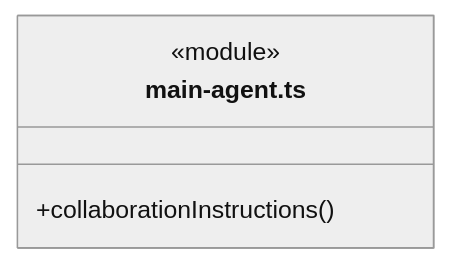
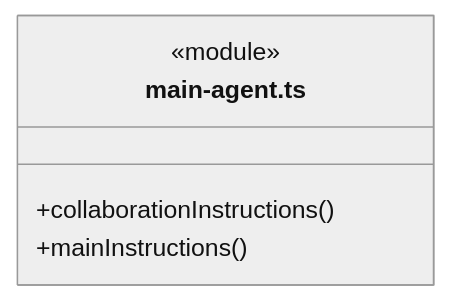
The second of 6 diagrams in src/backend/scheduler-engine/conversation/ARCHITECTURE.md (nan023062/cbim), drawn with Mermaid (neutral theme) before and after one commit. The commit also changed other lines of this file and 45 other files, not shown here.

````diff
--- a/src/backend/scheduler-engine/conversation/ARCHITECTURE.md
+++ b/src/backend/scheduler-engine/conversation/ARCHITECTURE.md
@@ -42,7 +42,8 @@
 ```mermaid
 classDiagram
 class N_src_backend_scheduler_engine_conversation_main_agent_ts["main-agent.ts"] {
   <<module>>
   +collaborationInstructions()
+  +mainInstructions()
 }
 ```
````
